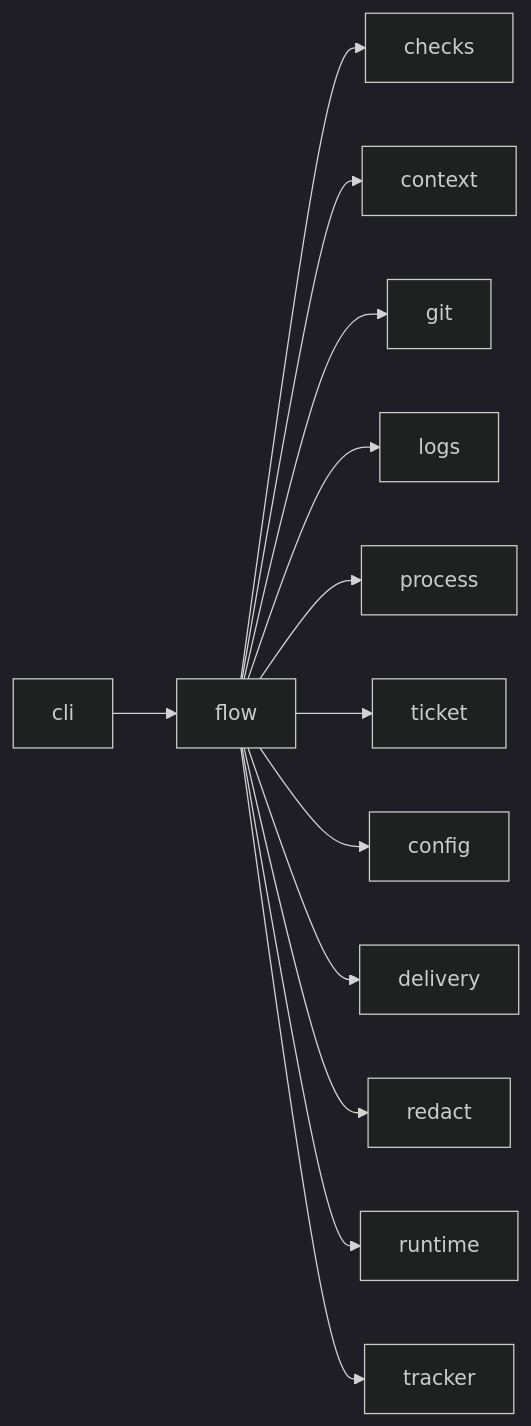
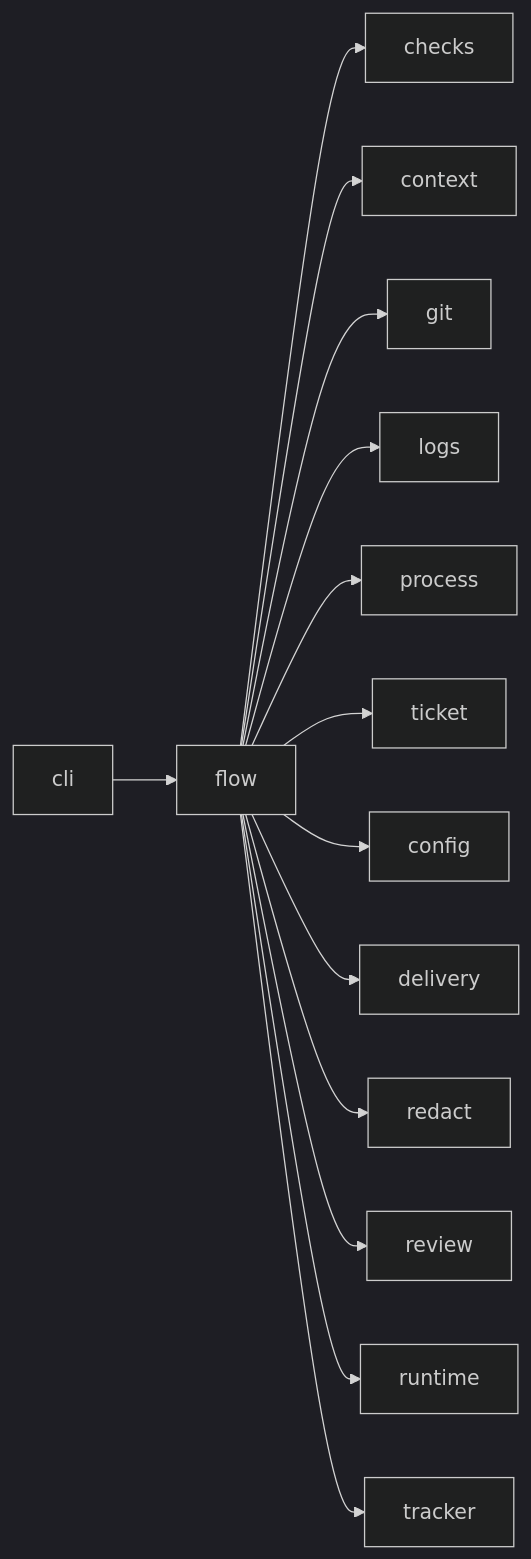
One commit to plaplanche/ariane changed the diagram in docs/architecture/modules/flow.md. Above: the diagram before and after it, drawn with Mermaid (dark theme). The commit also changed other lines of this file and 28 other files, not shown here.

````diff
--- a/docs/architecture/modules/flow.md
+++ b/docs/architecture/modules/flow.md
@@ -16,15 +16,16 @@
 ```mermaid
 flowchart LR
   flow --> checks
   flow --> context
   flow --> git
   flow --> logs
   flow --> process
   flow --> ticket
   flow --> config
   flow --> delivery
   flow --> redact
+  flow --> review
   flow --> runtime
   flow --> tracker
   cli --> flow
 ```
````
